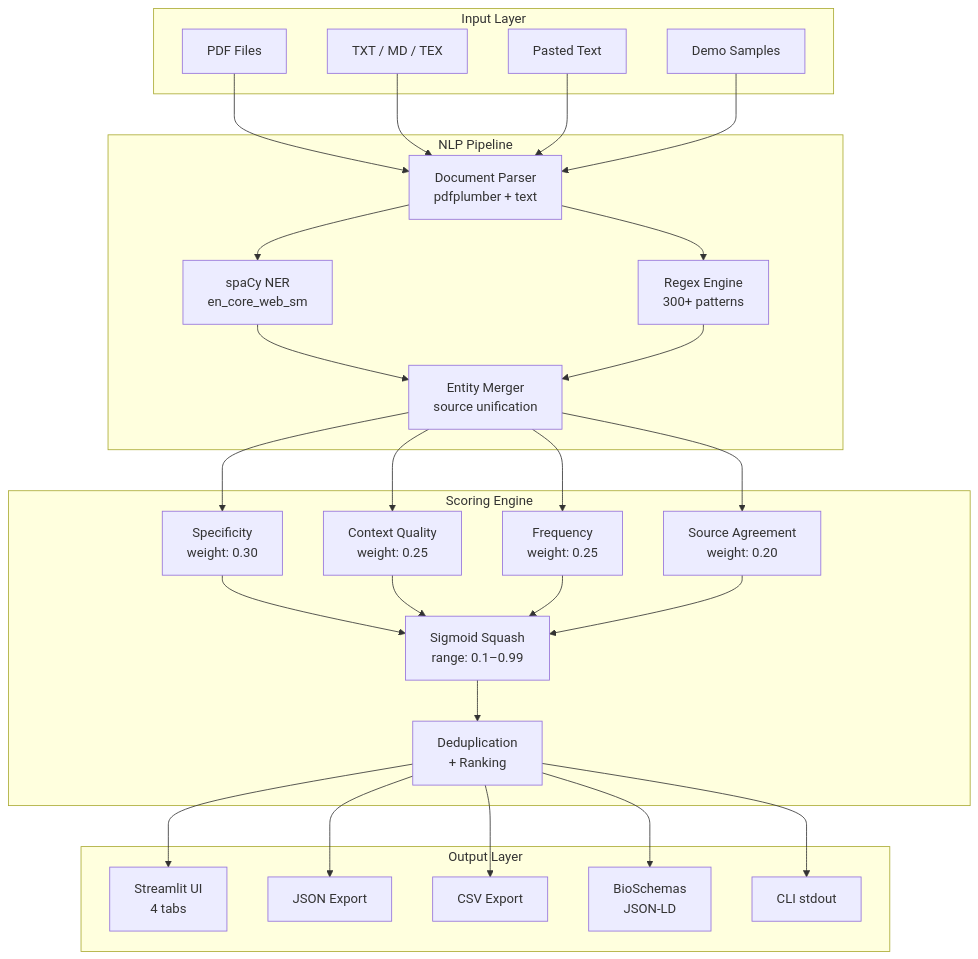
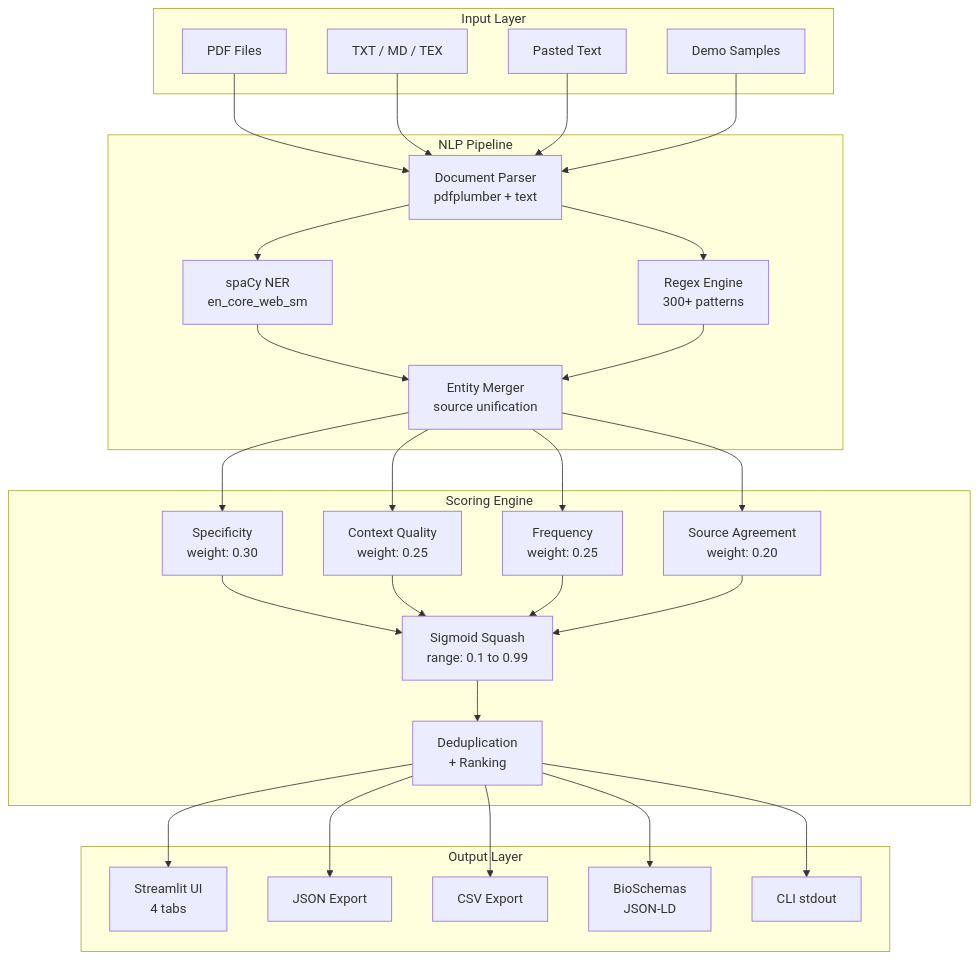
One commit to Akasxh/lablens changed the first of 2 diagrams in README.md. Above: the diagram before and after it, drawn with Mermaid. The commit also changed other lines of this file and 1 other file, not shown here.

````diff
--- a/README.md
+++ b/README.md
@@ -84,56 +82,56 @@
 ```mermaid
 graph TD
     subgraph Input["Input Layer"]
         PDF[PDF Files]
         TXT[TXT / MD / TEX]
         PASTE[Pasted Text]
         DEMO[Demo Samples]
     end
 
     subgraph NLP["NLP Pipeline"]
         PARSER[Document Parser<br/>pdfplumber + text]
         SPACY[spaCy NER<br/>en_core_web_sm]
         REGEX[Regex Engine<br/>300+ patterns]
         MERGE[Entity Merger<br/>source unification]
     end
 
     subgraph Scoring["Scoring Engine"]
         SPEC[Specificity<br/>weight: 0.30]
         CTX[Context Quality<br/>weight: 0.25]
         FREQ[Frequency<br/>weight: 0.25]
         SRC[Source Agreement<br/>weight: 0.20]
-        SIGMOID[Sigmoid Squash<br/>range: 0.1–0.99]
+        SIGMOID[Sigmoid Squash<br/>range: 0.1 to 0.99]
         DEDUP[Deduplication<br/>+ Ranking]
     end
 
     subgraph Output["Output Layer"]
         UI[Streamlit UI<br/>4 tabs]
         JSON_OUT[JSON Export]
         CSV_OUT[CSV Export]
         BIO[BioSchemas<br/>JSON-LD]
         CLI_OUT[CLI stdout]
     end
 
     PDF --> PARSER
     TXT --> PARSER
     PASTE --> PARSER
     DEMO --> PARSER
     PARSER --> SPACY
     PARSER --> REGEX
     SPACY --> MERGE
     REGEX --> MERGE
     MERGE --> SPEC
     MERGE --> CTX
     MERGE --> FREQ
     MERGE --> SRC
     SPEC --> SIGMOID
     CTX --> SIGMOID
     FREQ --> SIGMOID
     SRC --> SIGMOID
     SIGMOID --> DEDUP
     DEDUP --> UI
     DEDUP --> JSON_OUT
     DEDUP --> CSV_OUT
     DEDUP --> BIO
     DEDUP --> CLI_OUT
 ```
````
